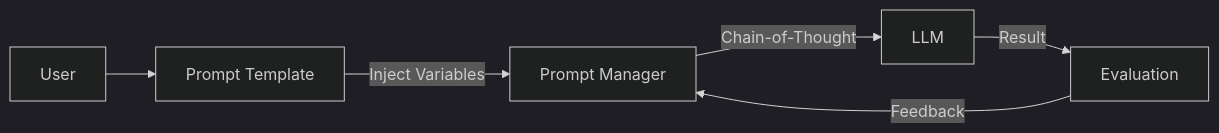
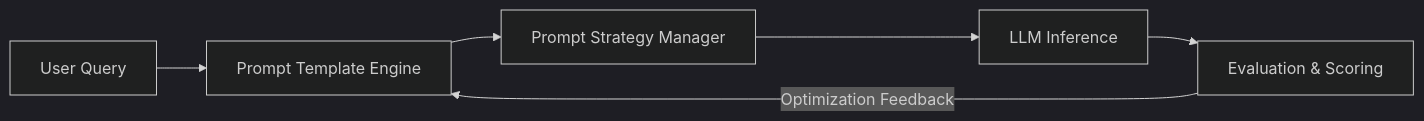
Before and after one commit to sricheru/agentic-ai-portfolio: the sixth of 20 diagrams in genai_enterprise_usecases/ARCHITECTURE_GUIDE.md, drawn with Mermaid (dark theme). The commit also changed other lines of this file, not shown here.

Commit message:
fix(mermaid): resolve dagre-d3 edge collision in all 20 diagrams

````diff
--- a/genai_enterprise_usecases/ARCHITECTURE_GUIDE.md
+++ b/genai_enterprise_usecases/ARCHITECTURE_GUIDE.md
@@ -128,8 +131,8 @@
 ```mermaid
 graph LR
-    User --> Template[Prompt Template]
-    Template -->|Inject Variables| Logic[Prompt Manager]
-    Logic -->|Chain-of-Thought| LLM
-    LLM -->|Result| Eval[Evaluation]
-    Eval -->|Feedback| Logic
+    UserQuery["User Query"] --> Template["Prompt Template Engine"]
+    Template --> Logic["Prompt Strategy Manager"]
+    Logic --> LLM["LLM Inference"]
+    LLM --> Eval["Evaluation & Scoring"]
+    Eval -->|Optimization Feedback| Template
 ```
````
